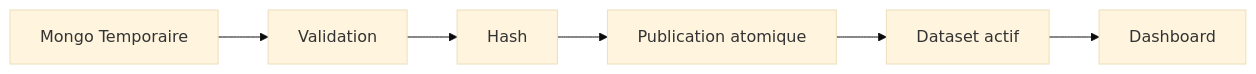
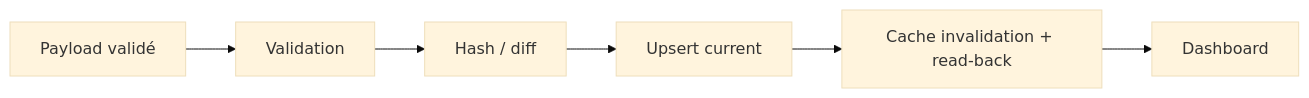
One commit to Matthieu-Vachet/dashboard_Admin changed diagram 24 of 37 in docs/codex/Tome 1 — Foundation (Fondations)/DOC-010-design-system-overview.md. Above: the diagram before and after it, drawn with Mermaid (base theme). The commit also changed other lines of this file and 76 other files, not shown here.

First line of the commit message:
feat(trainer-pokemon): implement trainer Pokémon references, repository, and schema

````diff
--- a/docs/codex/Tome 1 — Foundation (Fondations)/DOC-010-design-system-overview.md
+++ b/docs/codex/Tome 1 — Foundation (Fondations)/DOC-010-design-system-overview.md
@@ -4312,15 +4358,15 @@
 ```mermaid
 flowchart LR
 
-A[Mongo Temporaire]
+A[Payload validé]
 
 -->B[Validation]
 
--->C[Hash]
+-->C[Hash / diff]
 
--->D[Publication atomique]
+-->D[Upsert current]
 
--->E[Dataset actif]
+-->E[Cache invalidation + read-back]
 
 -->F[Dashboard]
 ```
````
